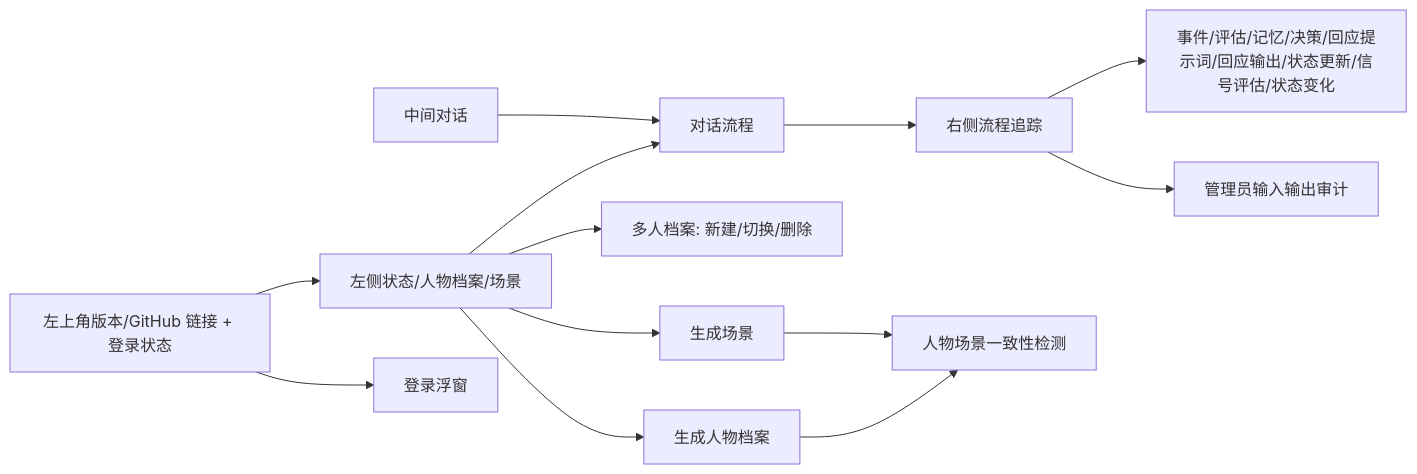
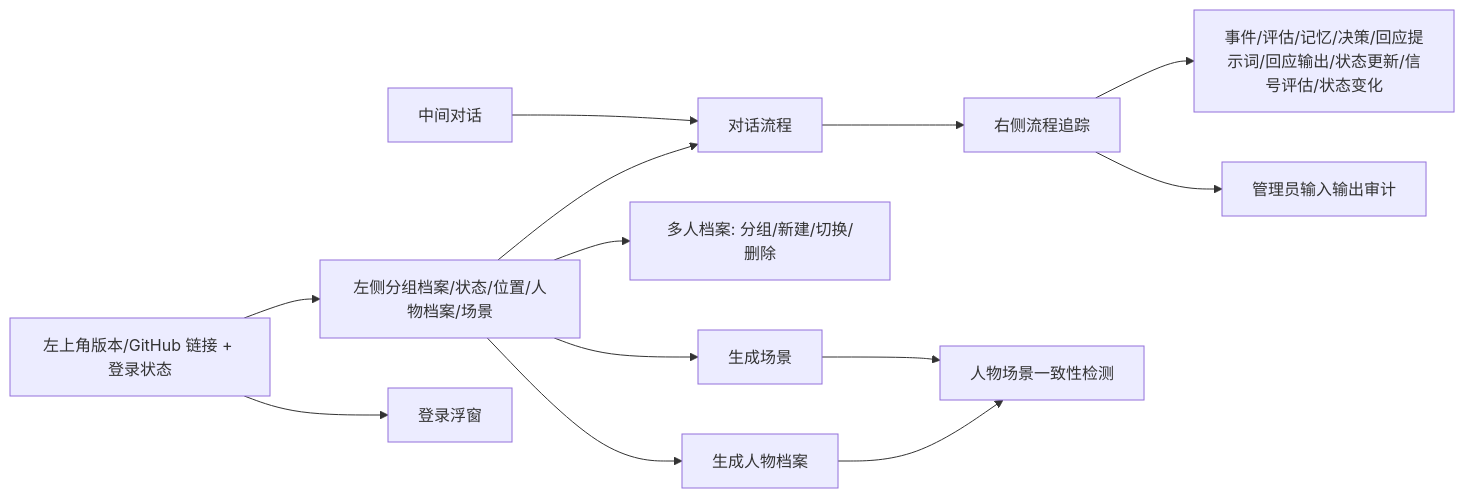
Before and after one commit to ttmanthatman/virtual-human-flow: diagram 30 of 30 in docs/SYSTEM_FLOW.md, drawn with Mermaid. The commit also changed other lines of this file and 13 other files, not shown here.

````diff
--- a/docs/SYSTEM_FLOW.md
+++ b/docs/SYSTEM_FLOW.md
@@ -631,15 +651,15 @@
 ```mermaid
 flowchart LR
     TOP[左上角版本/GitHub 链接 + 登录状态] --> LEFT
-    LEFT[左侧状态/人物档案/场景] --> PIPE[对话流程]
+    LEFT[左侧分组档案/状态/位置/人物档案/场景] --> PIPE[对话流程]
     CHAT[中间对话] --> PIPE
     PIPE --> TRACE[右侧流程追踪]
     TRACE --> JSON[事件/评估/记忆/决策/回应提示词/回应输出/状态更新/信号评估/状态变化]
     TRACE --> AUDIT[管理员输入输出审计]
     TOP --> LOGIN[登录浮窗]
-    LEFT --> DOS[多人档案: 新建/切换/删除]
+    LEFT --> DOS[多人档案: 分组/新建/切换/删除]
     LEFT --> GEN1[生成人物档案]
     LEFT --> GEN2[生成场景]
     GEN1 --> FIT[人物场景一致性检测]
     GEN2 --> FIT
 ```
````
